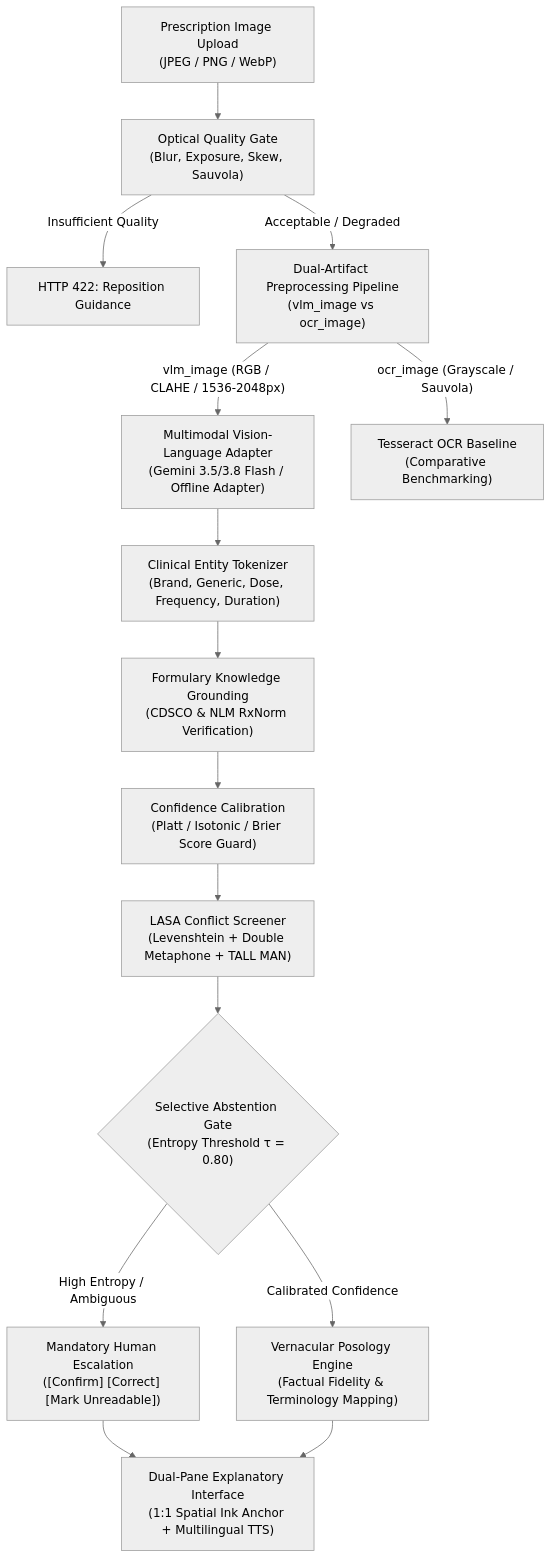
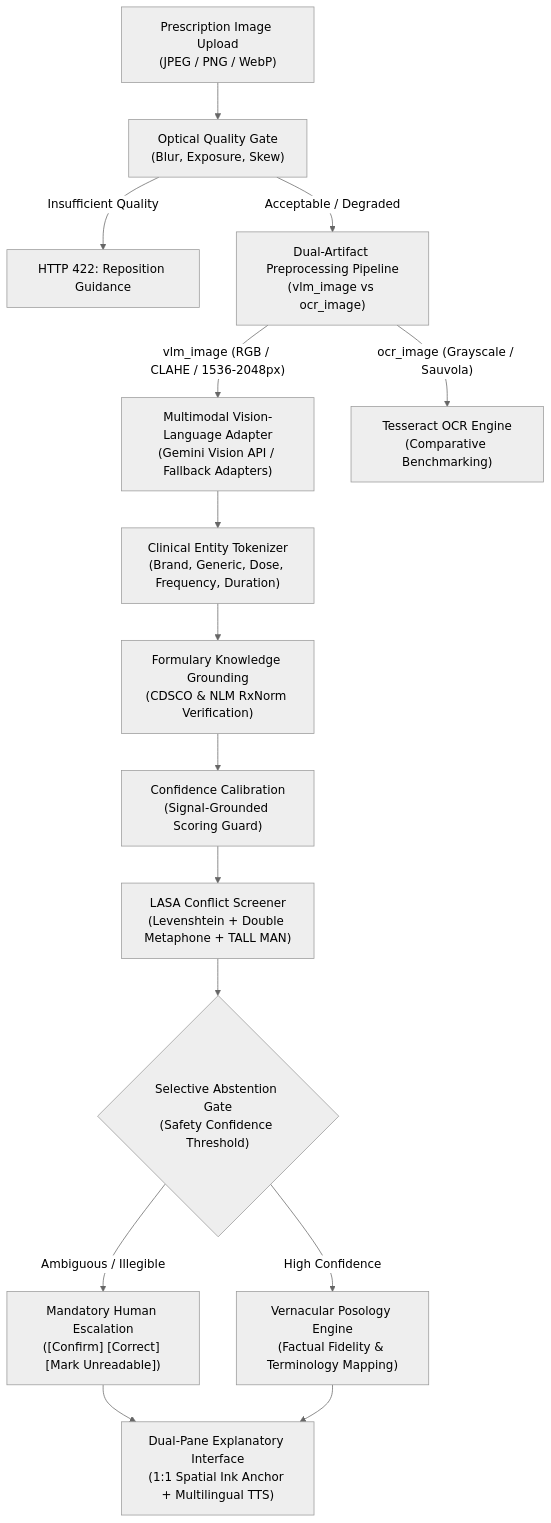
The diagram in README.md (SwayamMandhani06/genai-prescription-decoder), drawn with Mermaid (neutral theme) before and after one commit. The commit also changed other lines of this file, not shown here.

````diff
--- a/README.md
+++ b/README.md
@@ -89,23 +56,23 @@
 ```mermaid
 flowchart TD
-    IMG["Prescription Image Upload<br/>(JPEG / PNG / WebP)"] --> VAL["Optical Quality Gate<br/>(Blur, Exposure, Skew, Sauvola)"]
+    IMG["Prescription Image Upload<br/>(JPEG / PNG / WebP)"] --> VAL["Optical Quality Gate<br/>(Blur, Exposure, Skew)"]
     VAL -- "Insufficient Quality" --> REJ["HTTP 422: Reposition Guidance"]
     VAL -- "Acceptable / Degraded" --> DUAL["Dual-Artifact Preprocessing Pipeline<br/>(vlm_image vs ocr_image)"]
     
-    DUAL -->|"vlm_image (RGB / CLAHE / 1536-2048px)"| VLM["Multimodal Vision-Language Adapter<br/>(Gemini 3.5/3.8 Flash / Offline Adapter)"]
-    DUAL -->|"ocr_image (Grayscale / Sauvola)"| OCR["Tesseract OCR Baseline<br/>(Comparative Benchmarking)"]
+    DUAL -->|"vlm_image (RGB / CLAHE / 1536-2048px)"| VLM["Multimodal Vision-Language Adapter<br/>(Gemini Vision API / Fallback Adapters)"]
+    DUAL -->|"ocr_image (Grayscale / Sauvola)"| OCR["Tesseract OCR Engine<br/>(Comparative Benchmarking)"]
     
     VLM --> ENT["Clinical Entity Tokenizer<br/>(Brand, Generic, Dose, Frequency, Duration)"]
     ENT --> RAG["Formulary Knowledge Grounding<br/>(CDSCO & NLM RxNorm Verification)"]
     
-    RAG --> CAL["Confidence Calibration<br/>(Platt / Isotonic / Brier Score Guard)"]
+    RAG --> CAL["Confidence Calibration<br/>(Signal-Grounded Scoring Guard)"]
     CAL --> LASA["LASA Conflict Screener<br/>(Levenshtein + Double Metaphone + TALL MAN)"]
     
-    LASA --> GATE{"Selective Abstention Gate<br/>(Entropy Threshold τ = 0.80)"}
+    LASA --> GATE{"Selective Abstention Gate<br/>(Safety Confidence Threshold)"}
     
-    GATE -- "High Entropy / Ambiguous" --> ABST["Mandatory Human Escalation<br/>([Confirm] [Correct] [Mark Unreadable])"]
-    GATE -- "Calibrated Confidence" --> POS["Vernacular Posology Engine<br/>(Factual Fidelity & Terminology Mapping)"]
+    GATE -- "Ambiguous / Illegible" --> ABST["Mandatory Human Escalation<br/>([Confirm] [Correct] [Mark Unreadable])"]
+    GATE -- "High Confidence" --> POS["Vernacular Posology Engine<br/>(Factual Fidelity & Terminology Mapping)"]
     
     ABST --> UI["Dual-Pane Explanatory Interface<br/>(1:1 Spatial Ink Anchor + Multilingual TTS)"]
     POS --> UI
 ```
````
